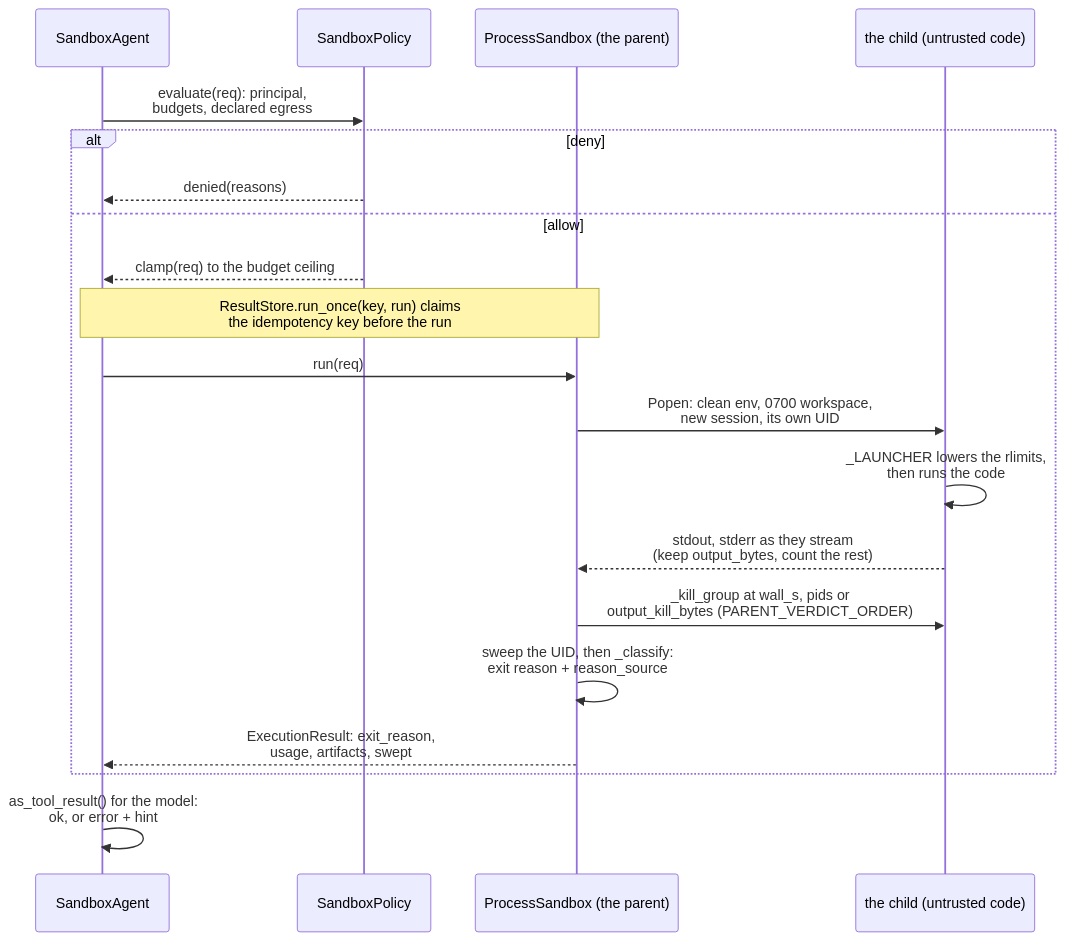
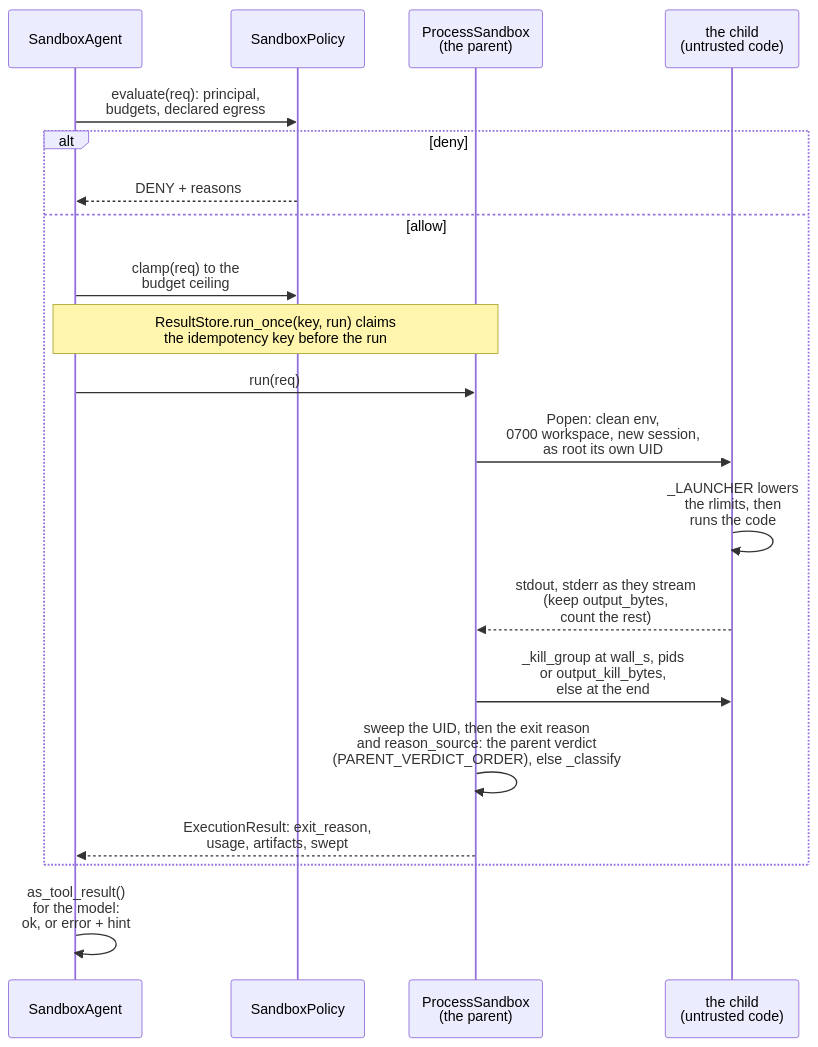
One commit to aniryou/full-stack-agentic-engineer changed the third of 6 diagrams in 07-application-agent-framework/sandboxed-execution/PRIMER.md. Above: the diagram before and after it, drawn with Mermaid. The commit also changed other lines of this file and 29 other files, not shown here.

````diff
--- a/07-application-agent-framework/sandboxed-execution/PRIMER.md
+++ b/07-application-agent-framework/sandboxed-execution/PRIMER.md
@@ -261,22 +261,22 @@
 ```mermaid
 sequenceDiagram
     participant A as SandboxAgent
     participant P as SandboxPolicy
-    participant S as ProcessSandbox (the parent)
-    participant C as the child (untrusted code)
+    participant S as ProcessSandbox<br/>(the parent)
+    participant C as the child<br/>(untrusted code)
     A->>P: evaluate(req): principal,<br/>budgets, declared egress
     alt deny
-        P-->>A: denied(reasons)
+        P-->>A: DENY + reasons
     else allow
-        P-->>A: clamp(req) to the budget ceiling
+        A->>P: clamp(req) to the<br/>budget ceiling
         Note over A,S: ResultStore.run_once(key, run) claims<br/>the idempotency key before the run
         A->>S: run(req)
-        S->>C: Popen: clean env, 0700 workspace,<br/>new session, its own UID
-        C->>C: _LAUNCHER lowers the rlimits,<br/>then runs the code
-        C-->>S: stdout, stderr as they stream<br/>(keep output_bytes, count the rest)
-        S->>C: _kill_group at wall_s, pids or<br/>output_kill_bytes (PARENT_VERDICT_ORDER)
-        S->>S: sweep the UID, then _classify:<br/>exit reason + reason_source
+        S->>C: Popen: clean env,<br/>0700 workspace, new session,<br/>as root its own UID
+        C->>C: _LAUNCHER lowers<br/>the rlimits, then<br/>runs the code
+        C-->>S: stdout, stderr as they stream<br/>(keep output_bytes,<br/>count the rest)
+        S->>C: _kill_group at wall_s, pids<br/>or output_kill_bytes,<br/>else at the end
+        S->>S: sweep the UID, then the exit reason<br/>and reason_source: the parent verdict<br/>(PARENT_VERDICT_ORDER), else _classify
         S-->>A: ExecutionResult: exit_reason,<br/>usage, artifacts, swept
     end
-    A->>A: as_tool_result() for the model:<br/>ok, or error + hint
+    A->>A: as_tool_result()<br/>for the model:<br/>ok, or error + hint
 ```
````
